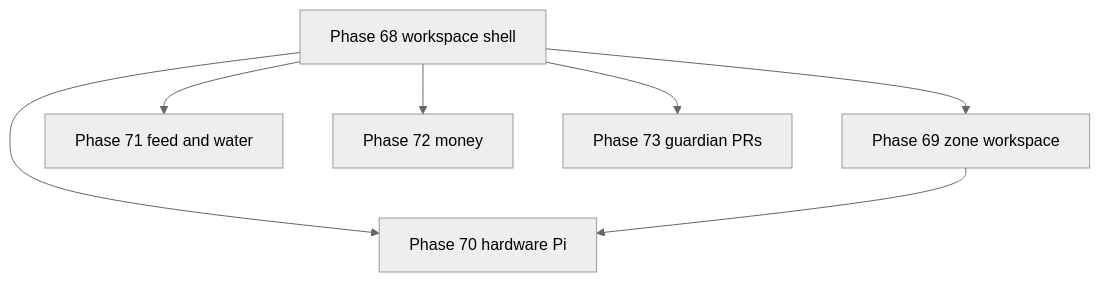
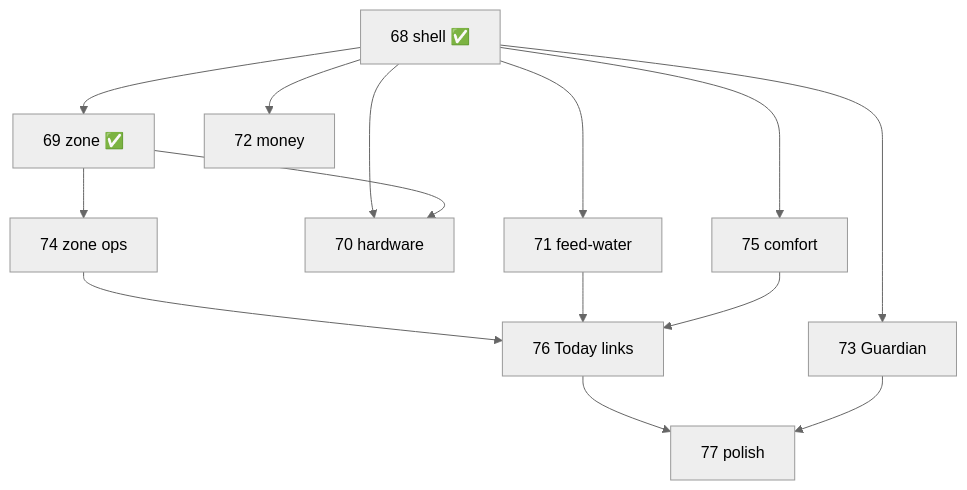
One commit to dgang0404/gr33n changed the diagram in docs/plans/phase_68_73_spa_workspace_roadmap.plan.md. Above: the diagram before and after it, drawn with Mermaid (neutral theme). The commit also changed other lines of this file and 8 other files, not shown here.

First line of the commit message:
docs: extend SPA workspace arc through Phase 77

````diff
--- a/docs/plans/phase_68_73_spa_workspace_roadmap.plan.md
+++ b/docs/plans/phase_68_73_spa_workspace_roadmap.plan.md
@@ -95,9 +123,16 @@
 ```mermaid
 flowchart TB
-  P68[Phase 68 workspace shell] --> P69[Phase 69 zone workspace]
-  P68 --> P71[Phase 71 feed and water]
-  P68 --> P72[Phase 72 money]
-  P68 --> P70[Phase 70 hardware Pi]
+  P68[68 shell ✅] --> P69[69 zone ✅]
+  P68 --> P71[71 feed-water]
+  P68 --> P72[72 money]
+  P68 --> P70[70 hardware]
   P69 --> P70
-  P68 --> P73[Phase 73 guardian PRs]
+  P69 --> P74[74 zone ops]
+  P68 --> P73[73 Guardian]
+  P74 --> P76[76 Today links]
+  P71 --> P76
+  P75[75 comfort] --> P76
+  P68 --> P75
+  P76 --> P77[77 polish]
+  P73 --> P77
 ```
````
